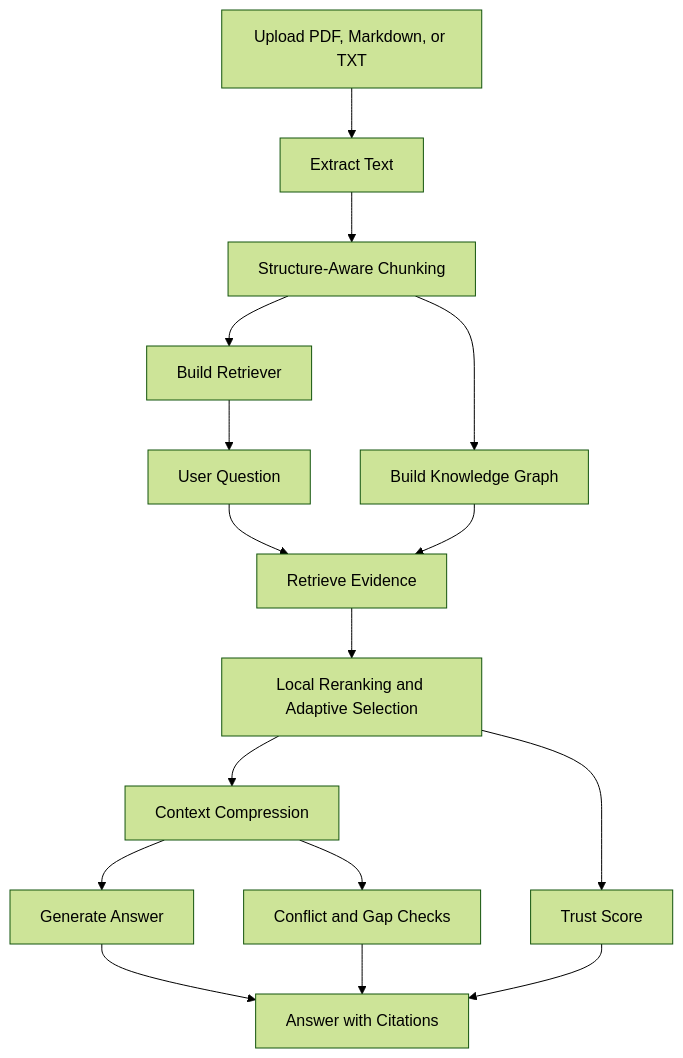
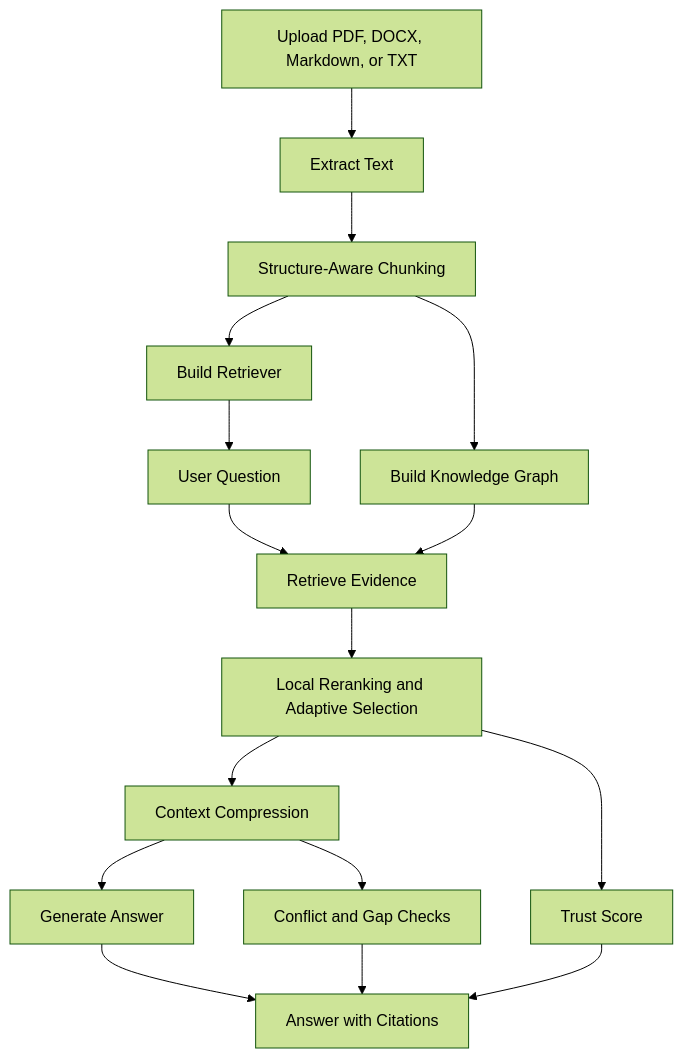
The diagram in README.md (MamillaplliEshwarSaiRam/trustdoc-ai), drawn with Mermaid (forest theme) before and after one commit. The commit also changed other lines of this file and 4 other files, not shown here.

````diff
--- a/README.md
+++ b/README.md
@@ -53,18 +53,18 @@
 ```mermaid
 flowchart TD
-    A[Upload PDF, Markdown, or TXT] --> B[Extract Text]
+    A[Upload PDF, DOCX, Markdown, or TXT] --> B[Extract Text]
     B --> C[Structure-Aware Chunking]
     C --> D[Build Retriever]
     C --> K[Build Knowledge Graph]
     D --> E[User Question]
     K --> F[Graph Expansion]
     E --> F[Retrieve Evidence]
     F --> L[Local Reranking and Adaptive Selection]
     L --> M[Context Compression]
     M --> G[Generate Answer]
     L --> H[Trust Score]
     M --> I[Conflict and Gap Checks]
     G --> J[Answer with Citations]
     H --> J
     I --> J
 ```
````
